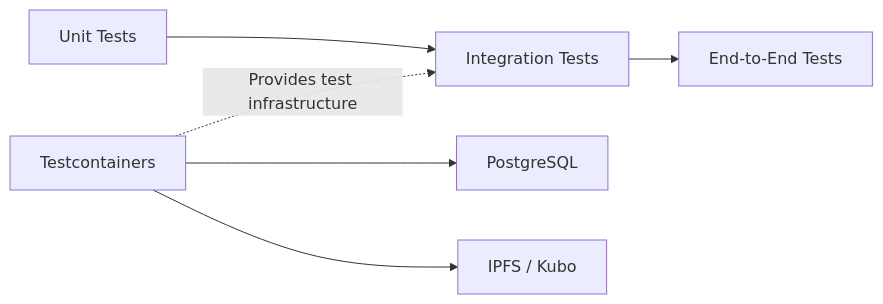
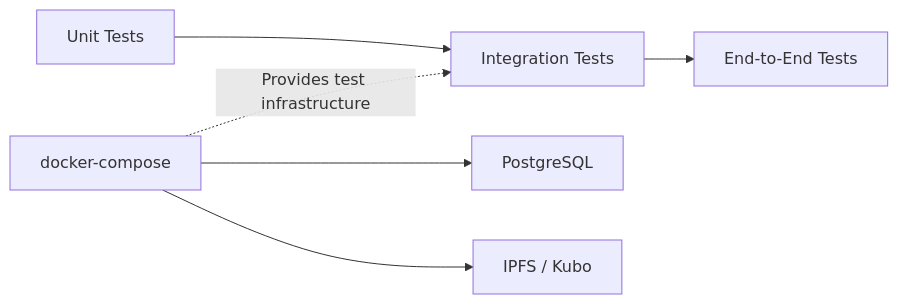
One commit to yash1648/SSDCVE changed the first of 5 diagrams in docs/09-Testing-Validation.md. Above: the diagram before and after it, drawn with Mermaid. The commit also changed other lines of this file and 10 other files, not shown here.

First line of the commit message:
docs: complete background docs (00-Intro + 11-Literature) & fix Testcontainers claim, holder /certificate endpoint, real test-data mechanism

````diff
--- a/docs/09-Testing-Validation.md
+++ b/docs/09-Testing-Validation.md
@@ -5,14 +5,14 @@
 ```mermaid
 flowchart LR
 
     UNIT["Unit Tests"]
     --> INTEGRATION["Integration Tests"]
     --> E2E["End-to-End Tests"]
 
-    TC["Testcontainers"]
+    DC["docker-compose"]
 
-    TC -.->|"Provides test infrastructure"| INTEGRATION
+    DC -.->|"Provides test infrastructure"| INTEGRATION
 
-    TC --> PG["PostgreSQL"]
-    TC --> IPFS["IPFS / Kubo"]
+    DC --> PG["PostgreSQL"]
+    DC --> IPFS["IPFS / Kubo"]
 ```
````
